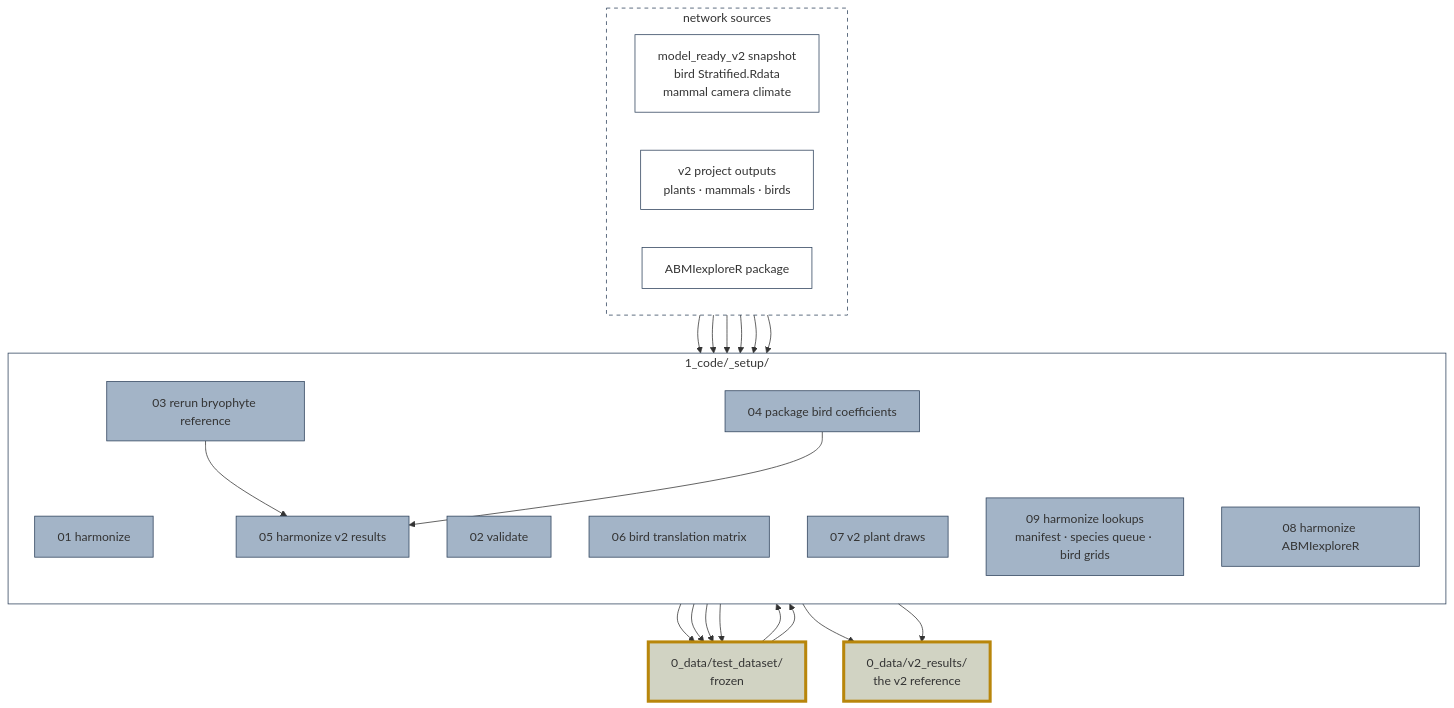
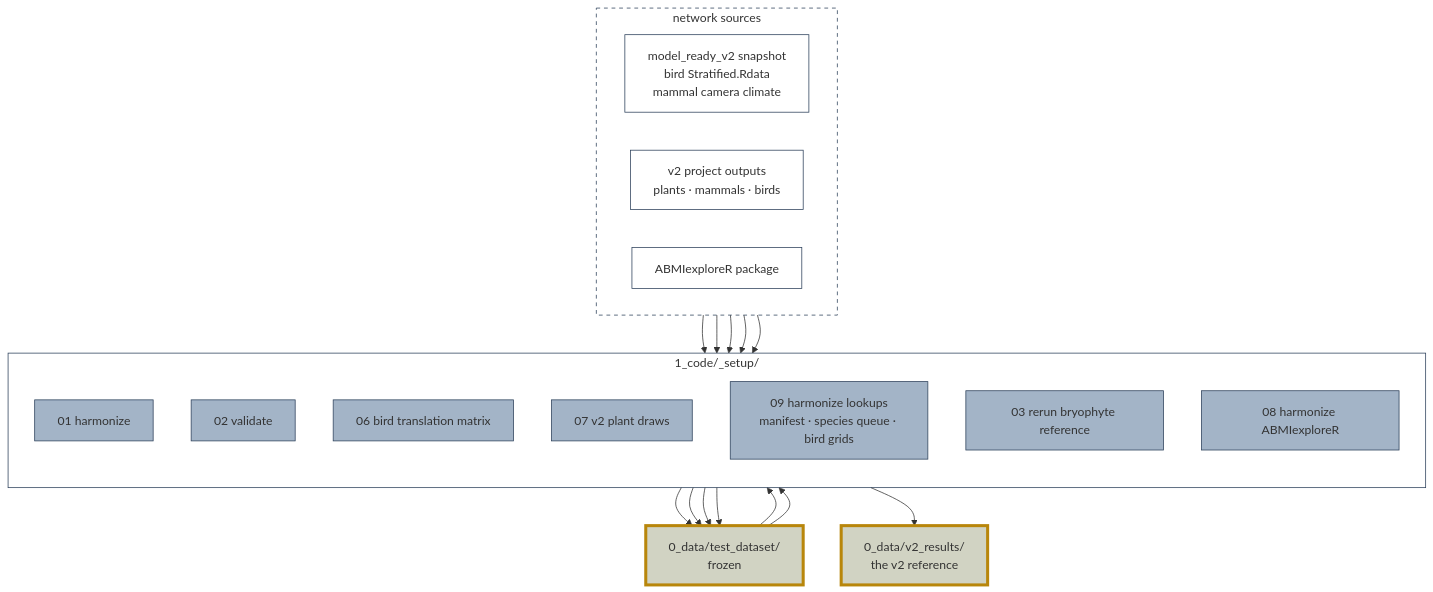
One commit to ABbiodiversity/sdmMethodsDev changed the fifth of 6 diagrams in README.md. Above: the diagram before and after it, drawn with Mermaid. The commit also changed other lines of this file and 15 other files, not shown here.

````diff
--- a/README.md
+++ b/README.md
@@ -431,68 +431,62 @@
 ```mermaid
 %% ----------------------------
 %% Building the frozen dataset and the v2 reference
 %% ----------------------------
 %%{init: {"themeVariables": {"edgeLabelBackground": "#ffffff"}}}%%
 flowchart TD
 
     subgraph src["network sources"]
         direction LR
         SN["model_ready_v2 snapshot<br/>bird Stratified.Rdata<br/>mammal camera climate"]
         VP["v2 project outputs<br/>plants · mammals · birds"]
         AX["ABMIexploreR package"]
     end
 
     subgraph setup["1_code/_setup/"]
         direction TB
         S01["01 harmonize"]
         S02["02 validate"]
         S06["06 bird translation matrix"]
         S07["07 v2 plant draws"]
         S09["09 harmonize lookups<br/>manifest · species queue · bird grids"]
         S03["03 rerun bryophyte reference"]
-        S04["04 package bird coefficients"]
-        S05["05 harmonize v2 results"]
         S08["08 harmonize ABMIexploreR"]
     end
 
     DS["0_data/test_dataset/<br/>frozen"]
     VR["0_data/v2_results/<br/>the v2 reference"]
 
     SN --> S01 --> DS
     DS --> S02
     VP --> S06 --> DS
     VP --> S07 --> DS
     DS --> S09 --> DS
-    VP --> S03 --> S05
-    VP --> S04 --> S05
-    S05 --> VR
+    VP --> S03
     AX --> S08 --> VR
 
     %% ----------------------------
     %% Styles
     %% ----------------------------
 
     %% Containers
     style src fill:none,stroke:#2D415B,stroke-width:1px,stroke-dasharray: 5 5
     style setup fill:none,stroke:#2D415B,stroke-width:1px
 
     %% Sources
     style SN fill:#ffffff,stroke:#2D415B,stroke-width:1px
     style VP fill:#ffffff,stroke:#2D415B,stroke-width:1px
     style AX fill:#ffffff,stroke:#2D415B,stroke-width:1px
 
     %% Scripts
     style S01 fill:#A3B4C7,stroke:#2D415B,stroke-width:1px
     style S02 fill:#A3B4C7,stroke:#2D415B,stroke-width:1px
     style S06 fill:#A3B4C7,stroke:#2D415B,stroke-width:1px
     style S07 fill:#A3B4C7,stroke:#2D415B,stroke-width:1px
     style S09 fill:#A3B4C7,stroke:#2D415B,stroke-width:1px
     style S03 fill:#A3B4C7,stroke:#2D415B,stroke-width:1px
-    style S04 fill:#A3B4C7,stroke:#2D415B,stroke-width:1px
-    style S05 fill:#A3B4C7,stroke:#2D415B,stroke-width:1px
     style S08 fill:#A3B4C7,stroke:#2D415B,stroke-width:1px
 
     %% Products
     style DS fill:#A4A88780,stroke:#B8860B,stroke-width:4px
     style VR fill:#A4A88780,stroke:#B8860B,stroke-width:4px
 ```
````
